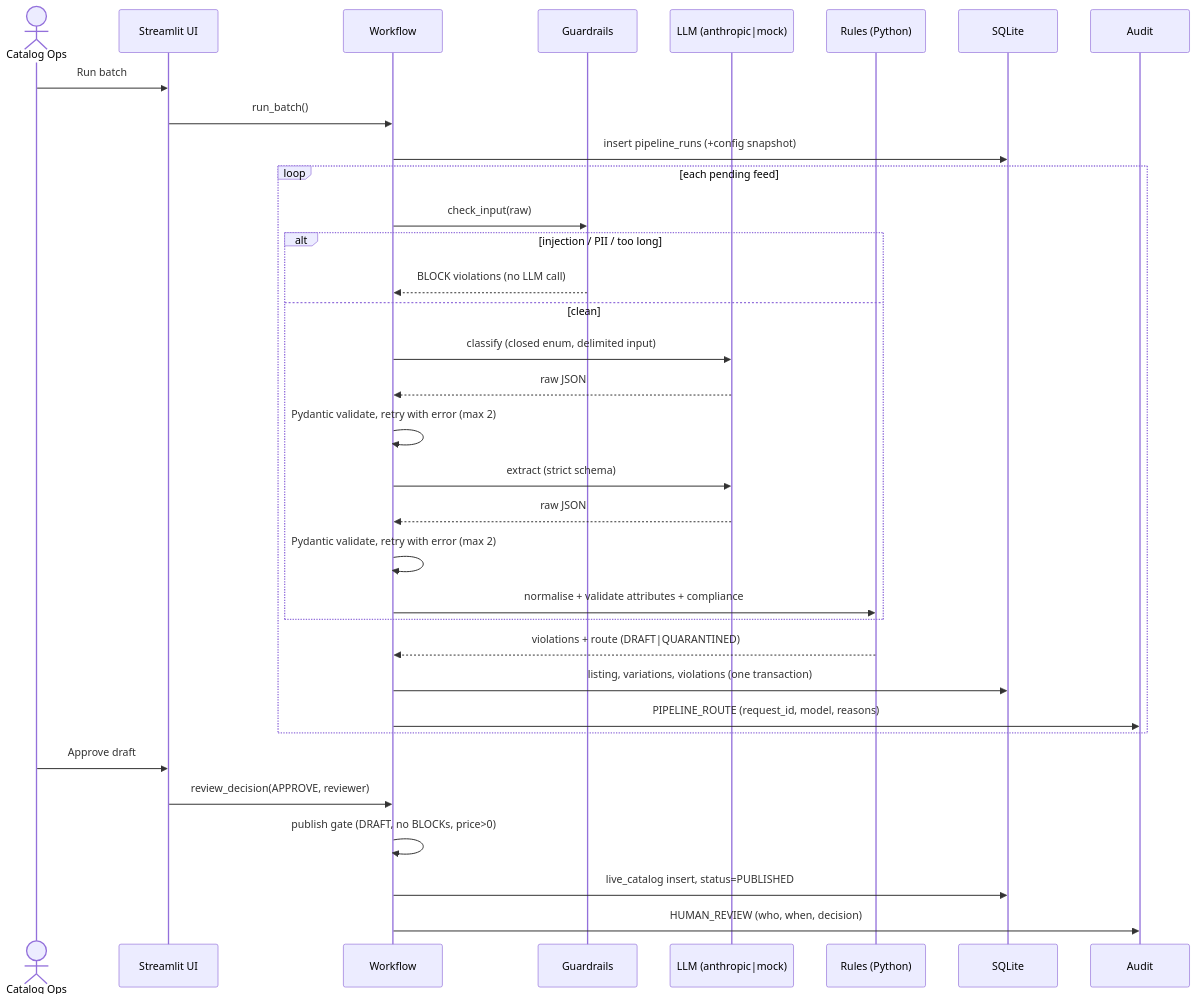
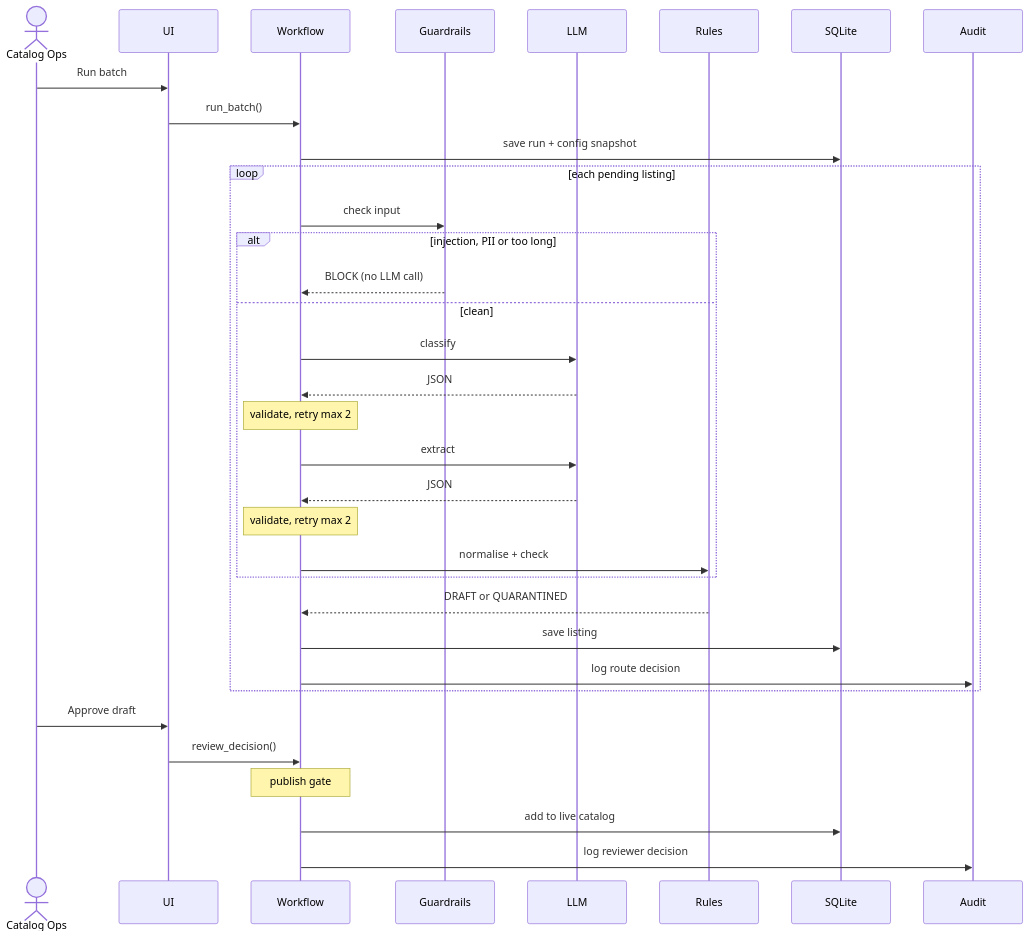
Before and after one commit to hemach-git/e-commerceOps: the third of 3 diagrams in docs/architecture.md, drawn with Mermaid. The commit also changed other lines of this file and 6 other files, not shown here.

Commit message:
Readable architecture diagrams: layered layout, 3x render, landscape page for wide diagrams

````diff
--- a/docs/architecture.md
+++ b/docs/architecture.md
@@ -55,36 +77,36 @@
 ```mermaid
 sequenceDiagram
     actor Ops as Catalog Ops
-    participant UI as Streamlit UI
+    participant UI as UI
     participant WF as Workflow
     participant GR as Guardrails
-    participant LLM as LLM (anthropic|mock)
-    participant RU as Rules (Python)
+    participant LLM as LLM
+    participant RU as Rules
     participant DB as SQLite
     participant AU as Audit
     Ops->>UI: Run batch
     UI->>WF: run_batch()
-    WF->>DB: insert pipeline_runs (+config snapshot)
-    loop each pending feed
-        WF->>GR: check_input(raw)
-        alt injection / PII / too long
-            GR-->>WF: BLOCK violations (no LLM call)
+    WF->>DB: save run + config snapshot
+    loop each pending listing
+        WF->>GR: check input
+        alt injection, PII or too long
+            GR-->>WF: BLOCK (no LLM call)
         else clean
-            WF->>LLM: classify (closed enum, delimited input)
-            LLM-->>WF: raw JSON
-            WF->>WF: Pydantic validate, retry with error (max 2)
-            WF->>LLM: extract (strict schema)
-            LLM-->>WF: raw JSON
-            WF->>WF: Pydantic validate, retry with error (max 2)
-            WF->>RU: normalise + validate attributes + compliance
+            WF->>LLM: classify
+            LLM-->>WF: JSON
+            Note over WF: validate, retry max 2
+            WF->>LLM: extract
+            LLM-->>WF: JSON
+            Note over WF: validate, retry max 2
+            WF->>RU: normalise + check
         end
-        RU-->>WF: violations + route (DRAFT|QUARANTINED)
-        WF->>DB: listing, variations, violations (one transaction)
-        WF->>AU: PIPELINE_ROUTE (request_id, model, reasons)
+        RU-->>WF: DRAFT or QUARANTINED
+        WF->>DB: save listing
+        WF->>AU: log route decision
     end
     Ops->>UI: Approve draft
-    UI->>WF: review_decision(APPROVE, reviewer)
-    WF->>WF: publish gate (DRAFT, no BLOCKs, price>0)
-    WF->>DB: live_catalog insert, status=PUBLISHED
-    WF->>AU: HUMAN_REVIEW (who, when, decision)
+    UI->>WF: review_decision()
+    Note over WF: publish gate
+    WF->>DB: add to live catalog
+    WF->>AU: log reviewer decision
 ```
````
